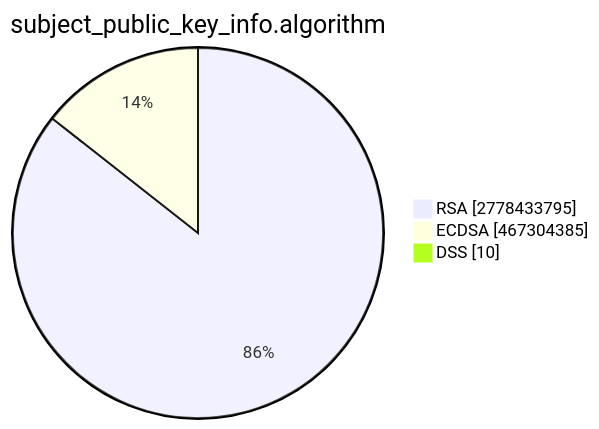
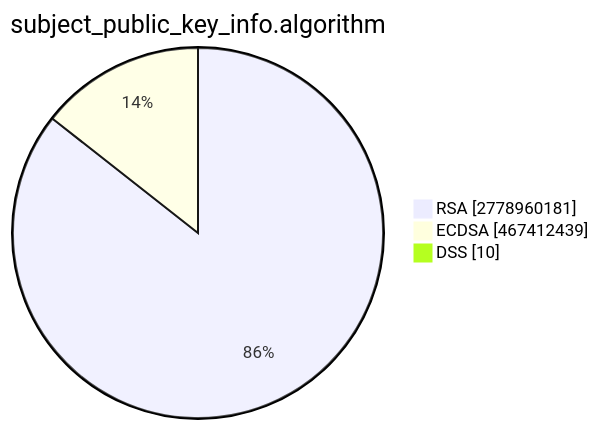
Before and after one commit to christiankrug/ctmonitor_visualization: the second of 15 diagrams in TOTAL/README.md, drawn with Mermaid. The commit also changed other lines of this file, not shown here.

````diff
--- a/TOTAL/README.md
+++ b/TOTAL/README.md
@@ -6,7 +6,7 @@
 ```mermaid
 pie showData
 title subject_public_key_info.algorithm
-"RSA" :2778433795
-"ECDSA" :467304385
+"RSA" :2778960181
+"ECDSA" :467412439
 "DSS" :10
 ```
````
